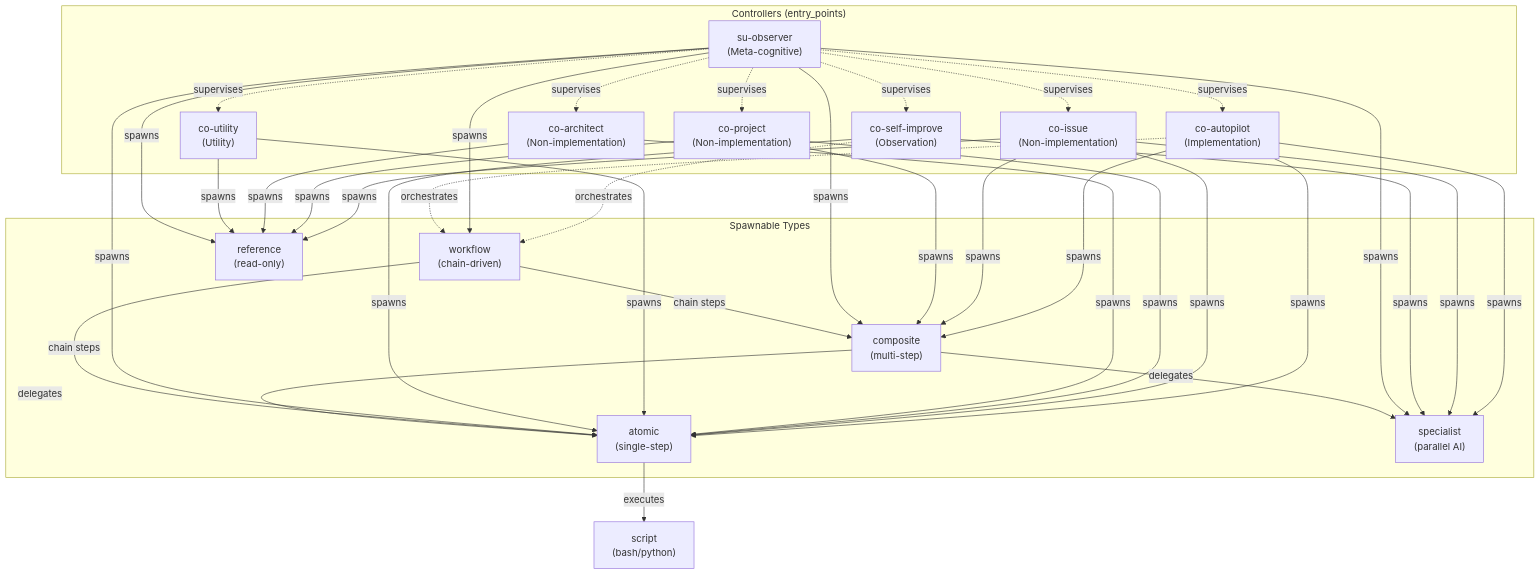
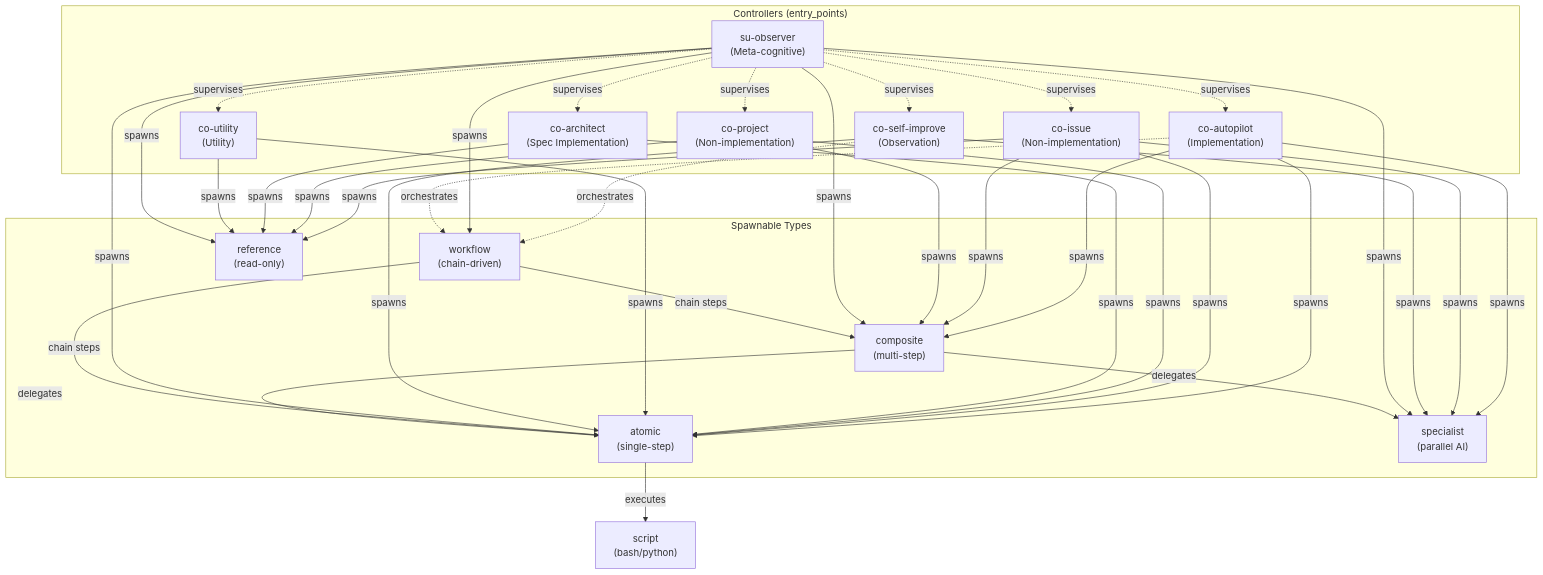
Before and after one commit to shuu5/twill: the second of 6 diagrams in plugins/twl/architecture/domain/model.md, drawn with Mermaid. The commit also changed 2 other files, not shown here.

Commit message:
fix: ADR-019 co-architect カテゴリ反映（model.md/autopilot.md/ADR-019）
- model.md line 112: (Non-implementation) → (Spec Implementation)
- autopilot.md: Non-implementation 行から co-architect を除去し Spec Implementation 行を新規追加
- ADR-019 Related セクションに ADR-014 を追記

Closes #602

````diff
--- a/plugins/twl/architecture/domain/model.md
+++ b/plugins/twl/architecture/domain/model.md
@@ -106,62 +106,62 @@
 ```mermaid
 graph TD
     subgraph "Controllers (entry_points)"
         CA["co-autopilot<br/>(Implementation)"]
         CI["co-issue<br/>(Non-implementation)"]
         CP["co-project<br/>(Non-implementation)"]
-        CR["co-architect<br/>(Non-implementation)"]
+        CR["co-architect<br/>(Spec Implementation)"]
         CU["co-utility<br/>(Utility)"]
         CS["co-self-improve<br/>(Observation)"]
         SO["su-observer<br/>(Meta-cognitive)"]
     end
 
     subgraph "Spawnable Types"
         WF["workflow<br/>(chain-driven)"]
         CM["composite<br/>(multi-step)"]
         AT["atomic<br/>(single-step)"]
         SP["specialist<br/>(parallel AI)"]
         RF["reference<br/>(read-only)"]
     end
 
     CA -->|spawns| CM
     CA -->|spawns| AT
     CA -->|spawns| SP
 
     CI -->|spawns| CM
     CI -->|spawns| AT
     CI -->|spawns| SP
     CI -->|spawns| RF
 
     CP -->|spawns| CM
     CP -->|spawns| AT
     CP -->|spawns| RF
 
     CR -->|spawns| AT
     CR -->|spawns| RF
 
     CU -->|spawns| AT
     CU -->|spawns| RF
 
     CS -->|spawns| AT
     CS -->|spawns| SP
     CS -.->|orchestrates| WF
 
     SO -.->|supervises| CA
     SO -.->|supervises| CI
     SO -.->|supervises| CP
     SO -.->|supervises| CR
     SO -.->|supervises| CU
     SO -.->|supervises| CS
     SO -->|spawns| WF
     SO -->|spawns| AT
     SO -->|spawns| CM
     SO -->|spawns| SP
     SO -->|spawns| RF
 
     CA -.->|orchestrates| WF
     WF -->|chain steps| AT
     WF -->|chain steps| CM
     CM -->|delegates| AT
     CM -->|delegates| SP
     AT -->|executes| SC["script<br/>(bash/python)"]
 ```
````
